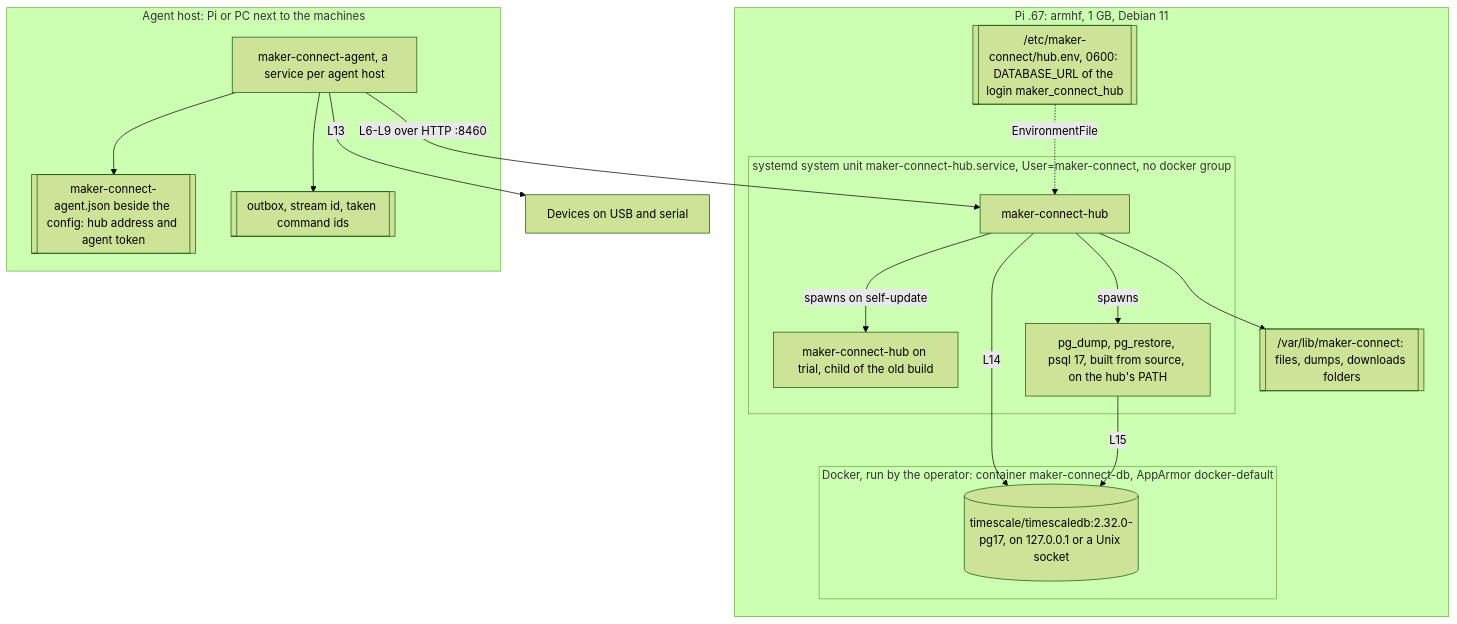
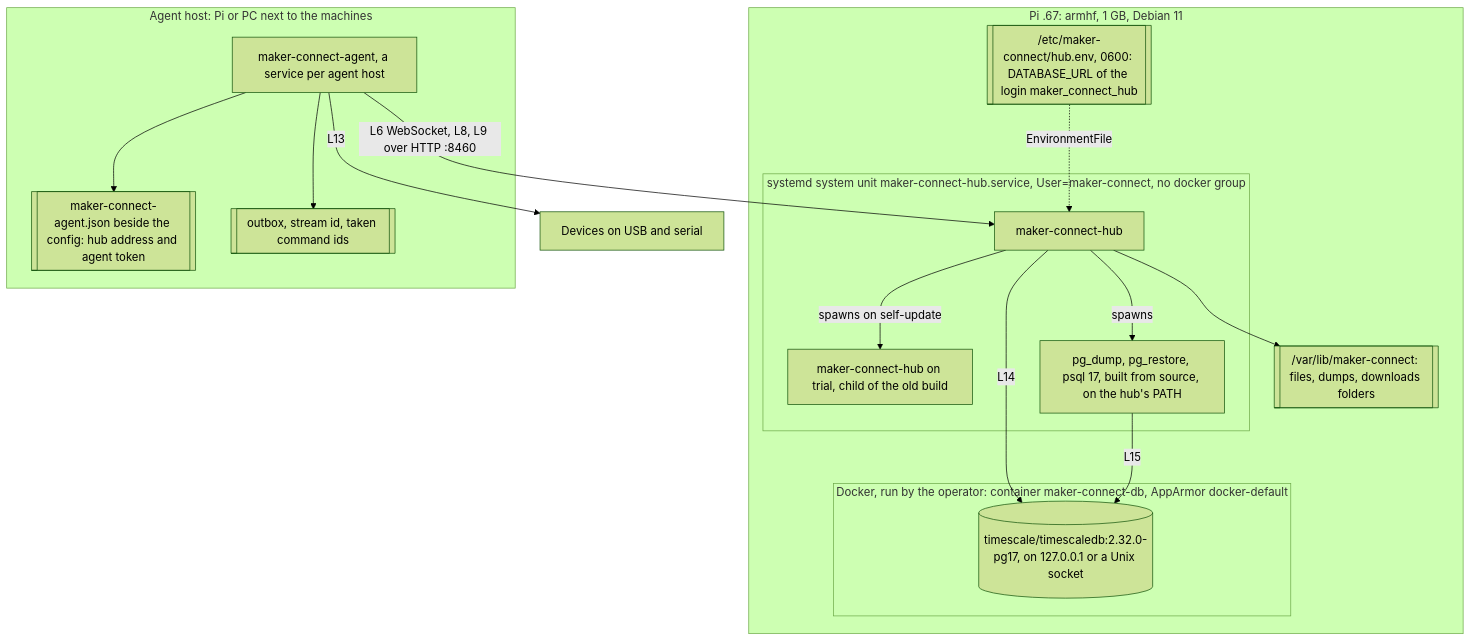
One commit to CuriousTimo/Maker-Connect changed the fifth of 5 diagrams in docs/design/architecture.md. Above: the diagram before and after it, drawn with Mermaid (forest theme). The commit also changed other lines of this file and 20 other files, not shown here.

````diff
--- a/docs/design/architecture.md
+++ b/docs/design/architecture.md
@@ -319,31 +317,31 @@
 ```mermaid
 flowchart TB
   subgraph pi["Pi .67: armhf, 1 GB, Debian 11"]
     subgraph unit["systemd system unit maker-connect-hub.service, User=maker-connect, no docker group"]
       hubp["maker-connect-hub"]
       trial["maker-connect-hub on trial, child of the old build"]
       tools["pg_dump, pg_restore, psql 17, built from source, on the hub's PATH"]
     end
     env[["/etc/maker-connect/hub.env, 0600: DATABASE_URL of the login maker_connect_hub"]]
     home[["/var/lib/maker-connect: files, dumps, downloads folders"]]
     subgraph dock["Docker, run by the operator: container maker-connect-db, AppArmor docker-default"]
       pg[("timescale/timescaledb:2.32.0-pg17, on 127.0.0.1 or a Unix socket")]
     end
   end
   subgraph ah["Agent host: Pi or PC next to the machines"]
     agentp["maker-connect-agent, a service per agent host"]
     cred[["maker-connect-agent.json beside the config: hub address and agent token"]]
     outbox[["outbox, stream id, taken command ids"]]
   end
   devs["Devices on USB and serial"]
   env -.->|"EnvironmentFile"| hubp
   hubp -->|"L14"| pg
   hubp -->|"spawns"| tools
   tools -->|"L15"| pg
   hubp -->|"spawns on self-update"| trial
   hubp --> home
   agentp --> cred
   agentp --> outbox
-  agentp -->|"L6-L9 over HTTP :8460"| hubp
+  agentp -->|"L6 WebSocket, L8, L9 over HTTP :8460"| hubp
   agentp -->|"L13"| devs
 ```
````
